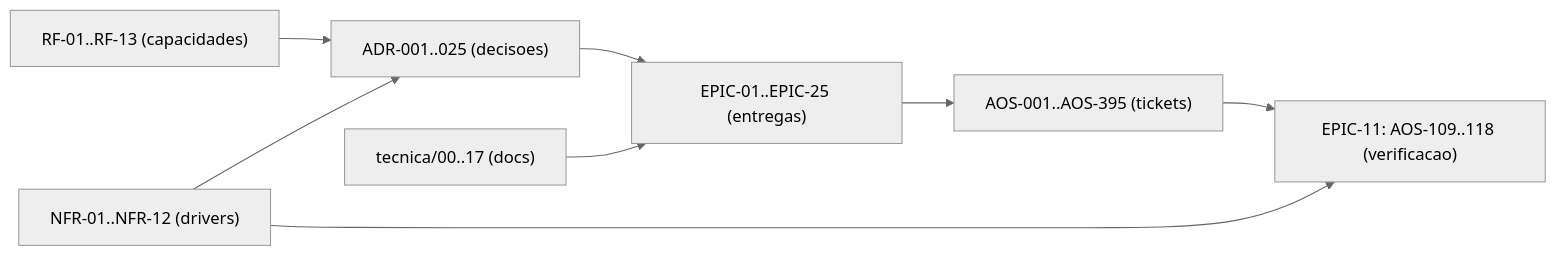
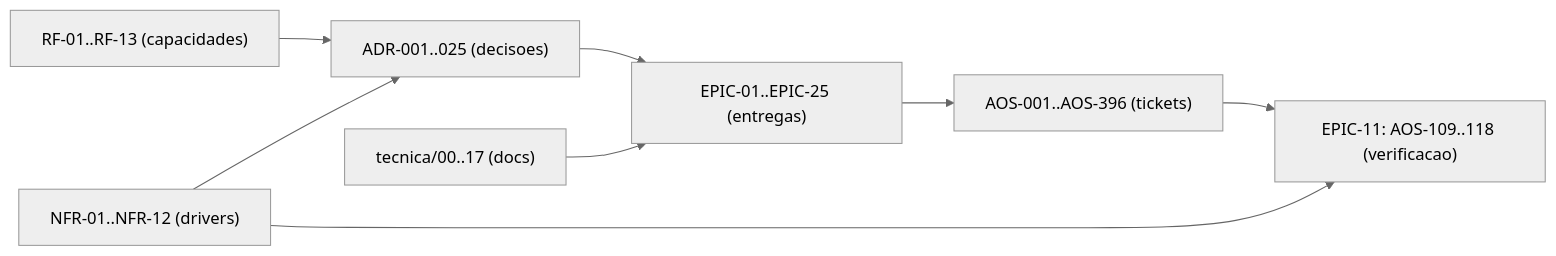
One commit to albinoJimy/aos changed the diagram in tecnica/16_Rastreabilidade_RTM.md. Above: the diagram before and after it, drawn with Mermaid (neutral theme). The commit also changed other lines of this file and 1 other file, not shown here.

First line of the commit message:
docs(AOS-396): ticket para o manifesto do turno com model_id vazio no nó

````diff
--- a/tecnica/16_Rastreabilidade_RTM.md
+++ b/tecnica/16_Rastreabilidade_RTM.md
@@ -183,10 +183,10 @@
 ```mermaid
 flowchart LR
     RF["RF-01..RF-13 (capacidades)"] --> ADR["ADR-001..025 (decisoes)"]
     NFR["NFR-01..NFR-12 (drivers)"] --> ADR
     ADR --> EPIC["EPIC-01..EPIC-25 (entregas)"]
-    EPIC --> TICK["AOS-001..AOS-395 (tickets)"]
+    EPIC --> TICK["AOS-001..AOS-396 (tickets)"]
     DOC["tecnica/00..17 (docs)"] --> EPIC
     TICK --> TEST["EPIC-11: AOS-109..118 (verificacao)"]
     NFR --> TEST
 ```
````
